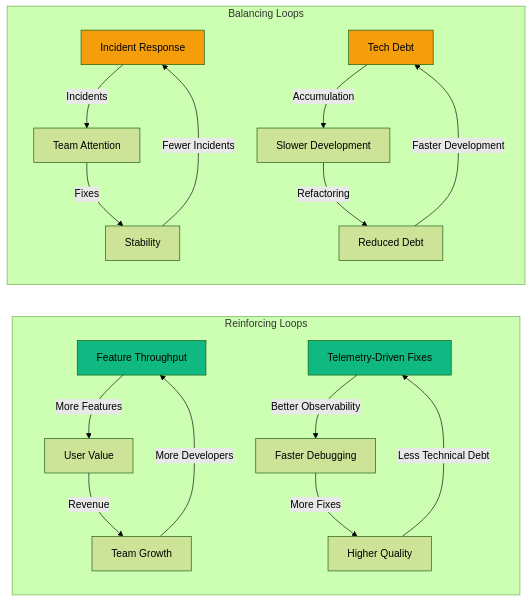
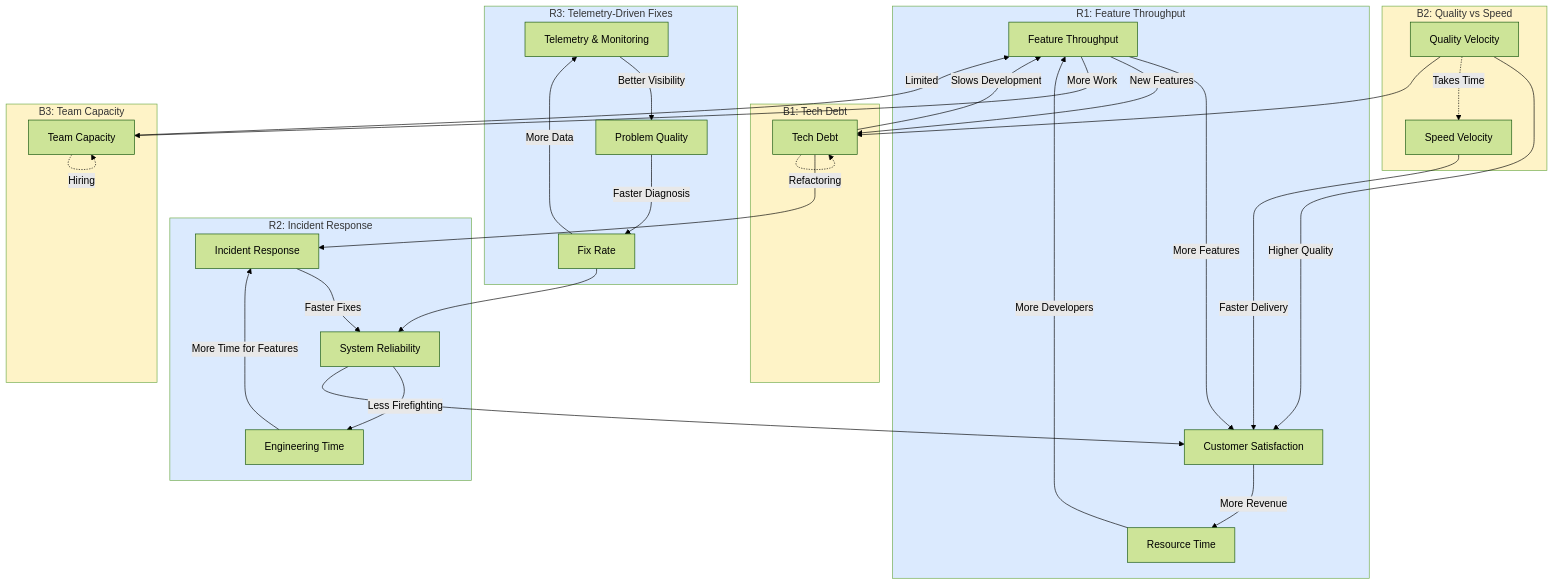
One commit to shardie-github/WhatsForDinner changed the diagram in systems/flows.mmd. Above: the diagram before and after it, drawn with Mermaid (forest theme). The commit also changed 19 other files, not shown here.

```diff
--- a/systems/flows.mmd
+++ b/systems/flows.mmd
@@ -1,29 +1,53 @@
-graph LR
-    subgraph "Reinforcing Loops"
-        R1[Feature Throughput]
-        R1 -->|More Features| R1A[User Value]
-        R1A -->|Revenue| R1B[Team Growth]
-        R1B -->|More Developers| R1
-        
-        R2[Telemetry-Driven Fixes]
-        R2 -->|Better Observability| R2A[Faster Debugging]
-        R2A -->|More Fixes| R2B[Higher Quality]
-        R2B -->|Less Technical Debt| R2
+graph TB
+    %% Reinforcing Loops (R)
+    
+    subgraph R1["R1: Feature Throughput"]
+        FT[Feature Throughput] -->|More Features| CS[Customer Satisfaction]
+        CS -->|More Revenue| RT[Resource Time]
+        RT -->|More Developers| FT
     end
-
-    subgraph "Balancing Loops"
-        B1[Incident Response]
-        B1 -->|Incidents| B1A[Team Attention]
-        B1A -->|Fixes| B1B[Stability]
-        B1B -->|Fewer Incidents| B1
-        
-        B2[Tech Debt]
-        B2 -->|Accumulation| B2A[Slower Development]
-        B2A -->|Refactoring| B2B[Reduced Debt]
-        B2B -->|Faster Development| B2
+    
+    subgraph R2["R2: Incident Response"]
+        IR[Incident Response] -->|Faster Fixes| SR[System Reliability]
+        SR -->|Less Firefighting| ET[Engineering Time]
+        ET -->|More Time for Features| IR
     end
-
-    style R1 fill:#10B981
-    style R2 fill:#10B981
-    style B1 fill:#F59E0B
-    style B2 fill:#F59E0B
+    
+    subgraph R3["R3: Telemetry-Driven Fixes"]
+        TF[Telemetry & Monitoring] -->|Better Visibility| PQ[Problem Quality]
+        PQ -->|Faster Diagnosis| FR[Fix Rate]
+        FR -->|More Data| TF
+    end
+    
+    %% Balancing Loops (B)
+    
+    subgraph B1["B1: Tech Debt"]
+        TD[Tech Debt] -->|Slows Development| FT
+        FT -->|New Features| TD
+        TD -.->|Refactoring| TD
+    end
+    
+    subgraph B2["B2: Quality vs Speed"]
+        QV[Quality Velocity] -->|Higher Quality| CS
+        QV -.->|Takes Time| SV[Speed Velocity]
+        SV -->|Faster Delivery| CS
+    end
+    
+    subgraph B3["B3: Team Capacity"]
+        TC[Team Capacity] -->|Limited| FT
+        FT -->|More Work| TC
+        TC -.->|Hiring| TC
+    end
+    
+    %% Connections
+    SR --> CS
+    FR --> SR
+    TD --> IR
+    QV --> TD
+    
+    style R1 fill:#dbeafe
+    style R2 fill:#dbeafe
+    style R3 fill:#dbeafe
+    style B1 fill:#fef3c7
+    style B2 fill:#fef3c7
+    style B3 fill:#fef3c7
```
